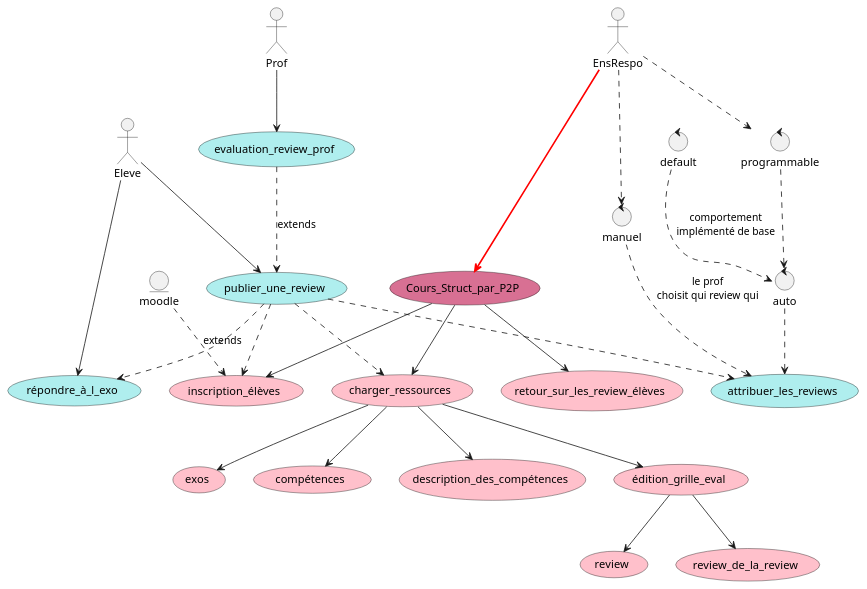
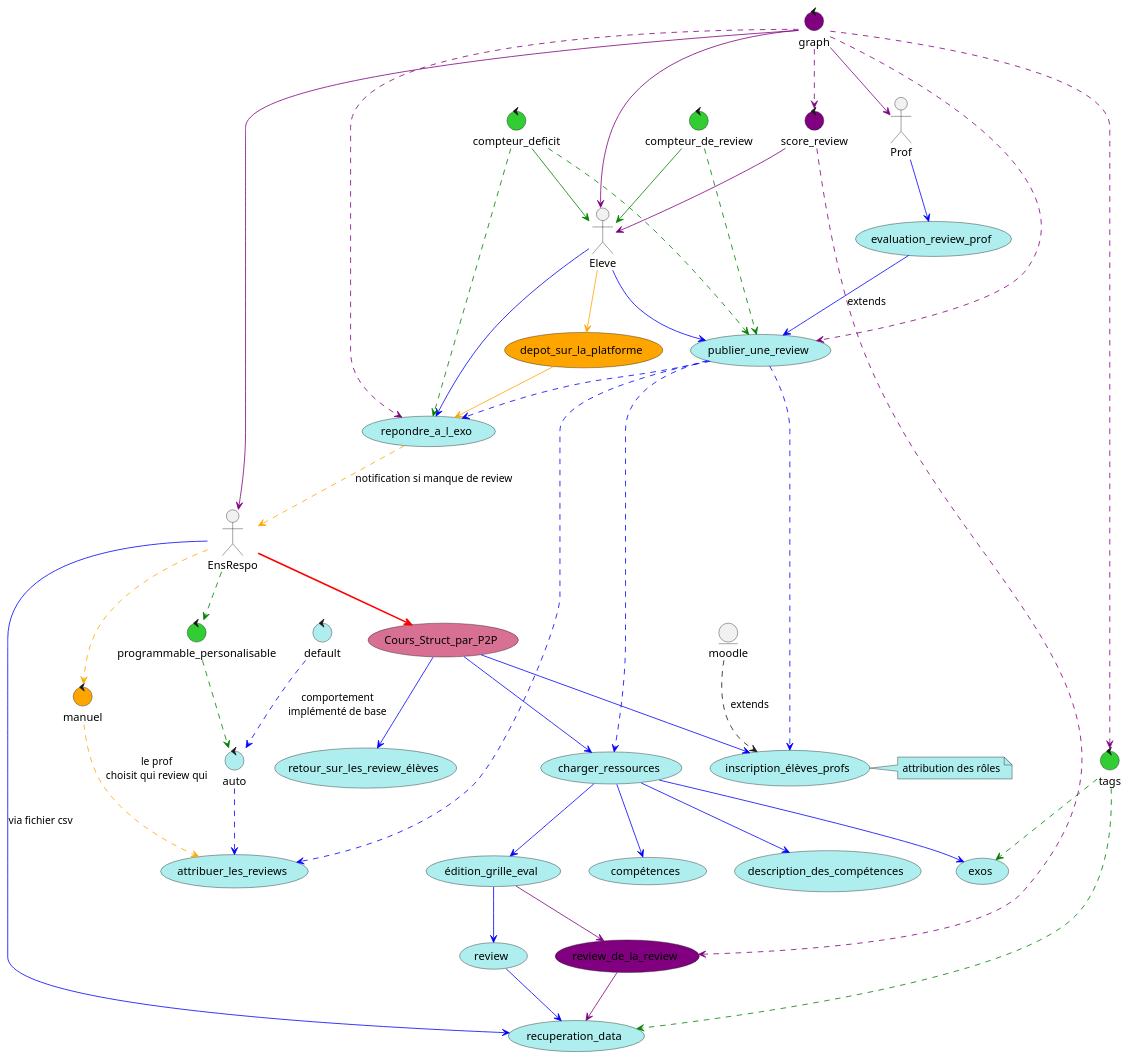
The diagram in uml/diagram_gen.puml (Jayque17/Peer-Evaluation), drawn with PlantUML before and after one commit. The commit also changed 9 other files, not shown here.

Commit message:
change diagram_gen

```diff
--- a/uml/diagram_gen.puml
+++ b/uml/diagram_gen.puml
@@ -1,61 +1,94 @@
 @startuml
 
 actor EnsRespo
 actor Eleve
 actor Prof
 
 usecase Cours_Struct_par_P2P #PaleVioletRed
-usecase inscription_élèves #Pink
+usecase inscription_élèves_profs #PaleTurquoise
 entity moodle 
-usecase charger_ressources #Pink
-usecase retour_sur_les_review_élèves #Pink
-usecase exos #Pink
-usecase compétences #Pink
-usecase description_des_compétences #Pink
-usecase édition_grille_eval #Pink
-usecase review #Pink
-usecase review_de_la_review #Pink
+usecase charger_ressources #PaleTurquoise
+usecase retour_sur_les_review_élèves #PaleTurquoise
+usecase exos #PaleTurquoise
+usecase compétences #PaleTurquoise
+usecase description_des_compétences #PaleTurquoise
+usecase édition_grille_eval #PaleTurquoise
+usecase review #PaleTurquoise
+usecase review_de_la_review #Purple
 
 usecase publier_une_review #PaleTurquoise
-usecase répondre_à_l_exo #PaleTurquoise
+usecase repondre_a_l_exo #PaleTurquoise
 usecase attribuer_les_reviews #PaleTurquoise
 
 usecase evaluation_review_prof #PaleTurquoise
+usecase recuperation_data #PaleTurquoise
 
-control manuel
-control auto
-control programmable
-control default
+usecase depot_sur_la_platforme #Orange
+
+control manuel #Orange
+control auto #PaleTurquoise
+control programmable_personalisable #LimeGreen
+control default #PaleTurquoise
+control compteur_de_review #LimeGreen
+control compteur_deficit #LimeGreen
+control tags #LimeGreen
+control score_review #Purple
+control graph #Purple
 
 EnsRespo --> Cours_Struct_par_P2P #line:red;line.bold;
-Cours_Struct_par_P2P --> inscription_élèves
-moodle --> inscription_élèves #line.dashed : extends
-Cours_Struct_par_P2P --> charger_ressources
-charger_ressources --> exos
-charger_ressources --> compétences
-charger_ressources --> édition_grille_eval
-édition_grille_eval --> review
-édition_grille_eval --> review_de_la_review
-Cours_Struct_par_P2P --> retour_sur_les_review_élèves
-charger_ressources --> description_des_compétences
+Cours_Struct_par_P2P --> inscription_élèves_profs #line:blue;
+moodle --> inscription_élèves_profs #line.dashed : extends
+Cours_Struct_par_P2P --> charger_ressources #line:blue;
+charger_ressources --> exos #line:blue;
+charger_ressources --> compétences #line:blue;
+charger_ressources --> édition_grille_eval #line:blue;
+édition_grille_eval --> review #line:blue;
+édition_grille_eval --> review_de_la_review #line:purple;
+Cours_Struct_par_P2P --> retour_sur_les_review_élèves #line:blue;
+charger_ressources --> description_des_compétences #line:blue;
 
-Eleve --> publier_une_review
-Eleve --> répondre_à_l_exo 
-publier_une_review --> attribuer_les_reviews #line.dashed
-programmable --> auto #line.dashed
-default --> auto #line.dashed : comportement\nimplémenté de base
-auto --> attribuer_les_reviews #line.dashed
-manuel --> attribuer_les_reviews #line.dashed : le prof\nchoisit qui review qui
+Eleve --> publier_une_review #line:blue;
+Eleve --> repondre_a_l_exo #line:blue;
+publier_une_review --> attribuer_les_reviews #line:blue;line.dashed;
+programmable_personalisable --> auto #line:green;line.dashed;
+default --> auto #line:blue;line.dashed; : comportement\nimplémenté de base
+auto --> attribuer_les_reviews #line:blue;line.dashed;
+manuel --> attribuer_les_reviews #line:orange;line.dashed; : le prof\nchoisit qui review qui
 
-Prof --> evaluation_review_prof
-evaluation_review_prof --> publier_une_review #line.dashed : extends
+Prof --> evaluation_review_prof #line:blue;
+evaluation_review_prof --> publier_une_review #line:blue; : extends
 
-publier_une_review --> répondre_à_l_exo #line.dashed  
-publier_une_review --> inscription_élèves #line.dashed
-publier_une_review --> charger_ressources #line.dashed
+publier_une_review --> repondre_a_l_exo #line:blue;line.dashed;  
+publier_une_review --> inscription_élèves_profs #line:blue;line.dashed;
+publier_une_review --> charger_ressources #line:blue;line.dashed;
 
-EnsRespo --> manuel #line.dashed
-EnsRespo --> programmable #line.dashed
+EnsRespo --> manuel #line:orange;line.dashed;
+EnsRespo --> programmable_personalisable #line:green;line.dashed;
 
+review --> recuperation_data #line:blue;
+review_de_la_review --> recuperation_data #line:purple;
+EnsRespo --> recuperation_data #line:blue; : via fichier csv 
+
+note right of inscription_élèves_profs #PaleTurquoise : attribution des rôles
+
+Eleve --> depot_sur_la_platforme #line:orange;
+depot_sur_la_platforme --> repondre_a_l_exo #line:orange
+repondre_a_l_exo --> EnsRespo #line:orange;line.dashed; : notification si manque de review
+compteur_de_review --> Eleve #line:green;
+compteur_deficit --> Eleve #line:green;
+compteur_de_review --> publier_une_review #line:green;line.dashed;
+compteur_deficit --> publier_une_review #line:green;line.dashed;
+compteur_deficit --> repondre_a_l_exo #line:green;line.dashed;
+tags --> exos #line:green;line.dashed;
+tags --> recuperation_data #line:green;line.dashed;
+score_review --> review_de_la_review #line:purple;line.dashed;
+score_review --> Eleve #line:purple
+graph --> Eleve #line:purple
+graph --> Prof #line:purple
+graph --> EnsRespo #line:purple
+graph --> repondre_a_l_exo #line:purple;line.dashed;
+graph --> publier_une_review #line:purple;line.dashed;
+graph --> score_review #line:purple;line.dashed;
+graph --> tags #line:purple;line.dashed;
 
 @enduml
```
